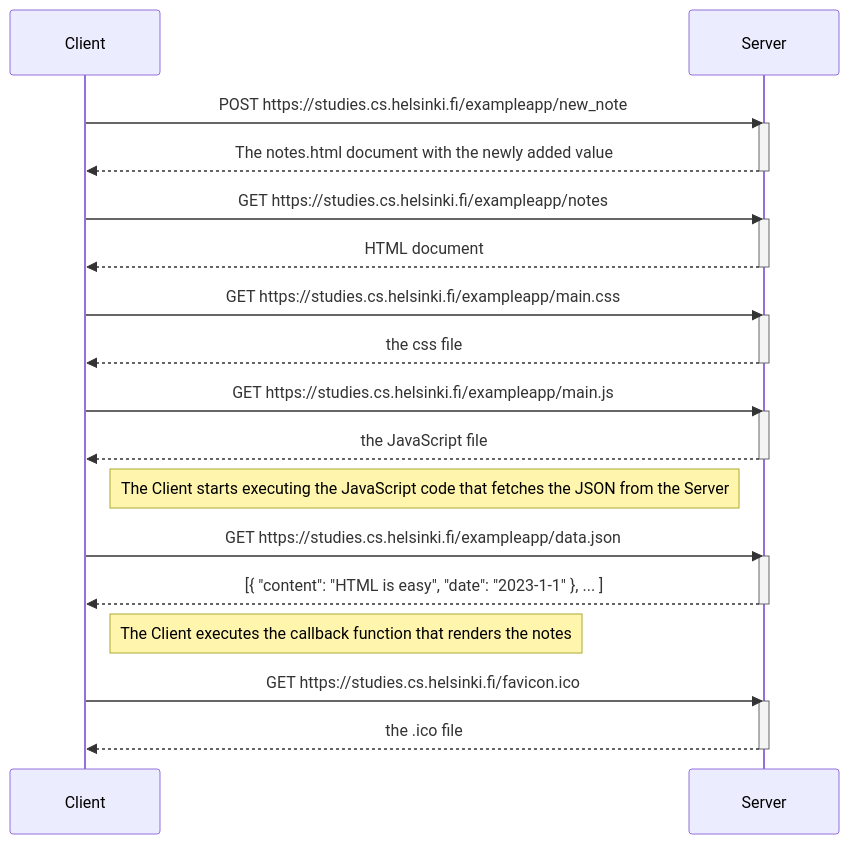
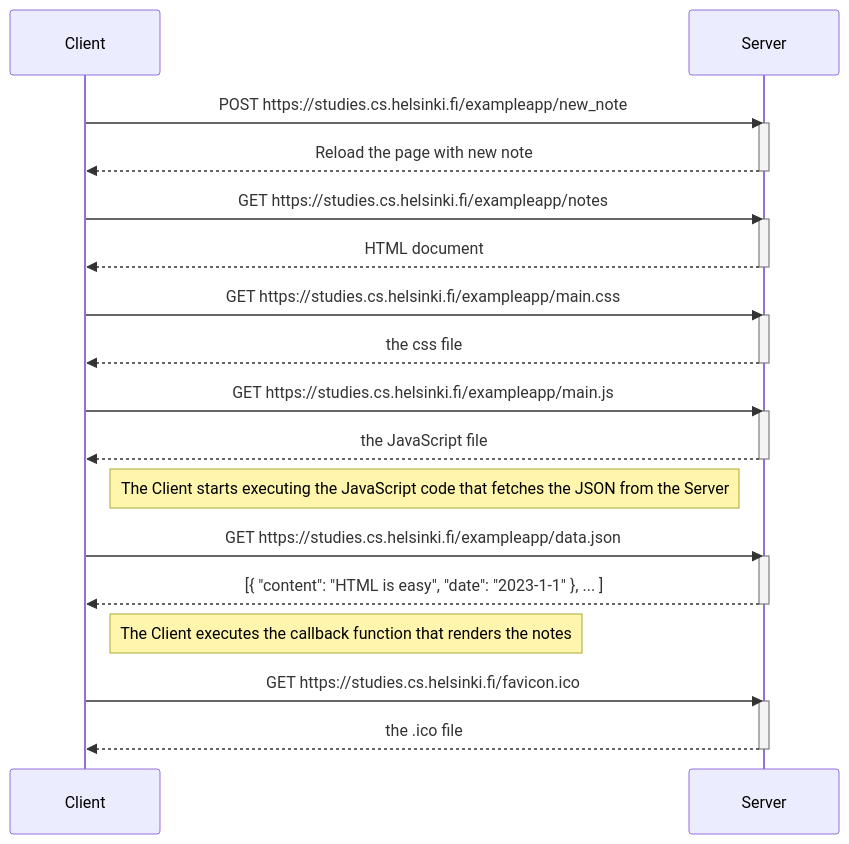
The diagram in README.md (skock056/csi4103-lab2), drawn with Mermaid before and after one commit.

Commit message:
Fix small mistake

````diff
--- a/README.md
+++ b/README.md
@@ -3,39 +3,39 @@
 ```mermaid
 sequenceDiagram
     participant Client
     participant Server
     
     Client->>Server: POST https://studies.cs.helsinki.fi/exampleapp/new_note
     activate Server
-    Server-->>Client: The notes.html document with the newly added value
+    Server-->>Client: Reload the page with new note
     deactivate Server
 
     Client->>Server: GET https://studies.cs.helsinki.fi/exampleapp/notes
     activate Server
     Server-->>Client: HTML document
     deactivate Server
     
     Client->>Server: GET https://studies.cs.helsinki.fi/exampleapp/main.css
     activate Server
     Server-->>Client: the css file
     deactivate Server
     
     Client->>Server: GET https://studies.cs.helsinki.fi/exampleapp/main.js
     activate Server
     Server-->>Client: the JavaScript file
     deactivate Server
     
     Note right of Client: The Client starts executing the JavaScript code that fetches the JSON from the Server
     
     Client->>Server: GET https://studies.cs.helsinki.fi/exampleapp/data.json
     activate Server
     Server-->>Client: [{ "content": "HTML is easy", "date": "2023-1-1" }, ... ]
     deactivate Server    
 
     Note right of Client: The Client executes the callback function that renders the notes 
 
     Client->>Server: GET https://studies.cs.helsinki.fi/favicon.ico
     activate Server
     Server-->>Client: the .ico file
     deactivate Server
 ```
````
